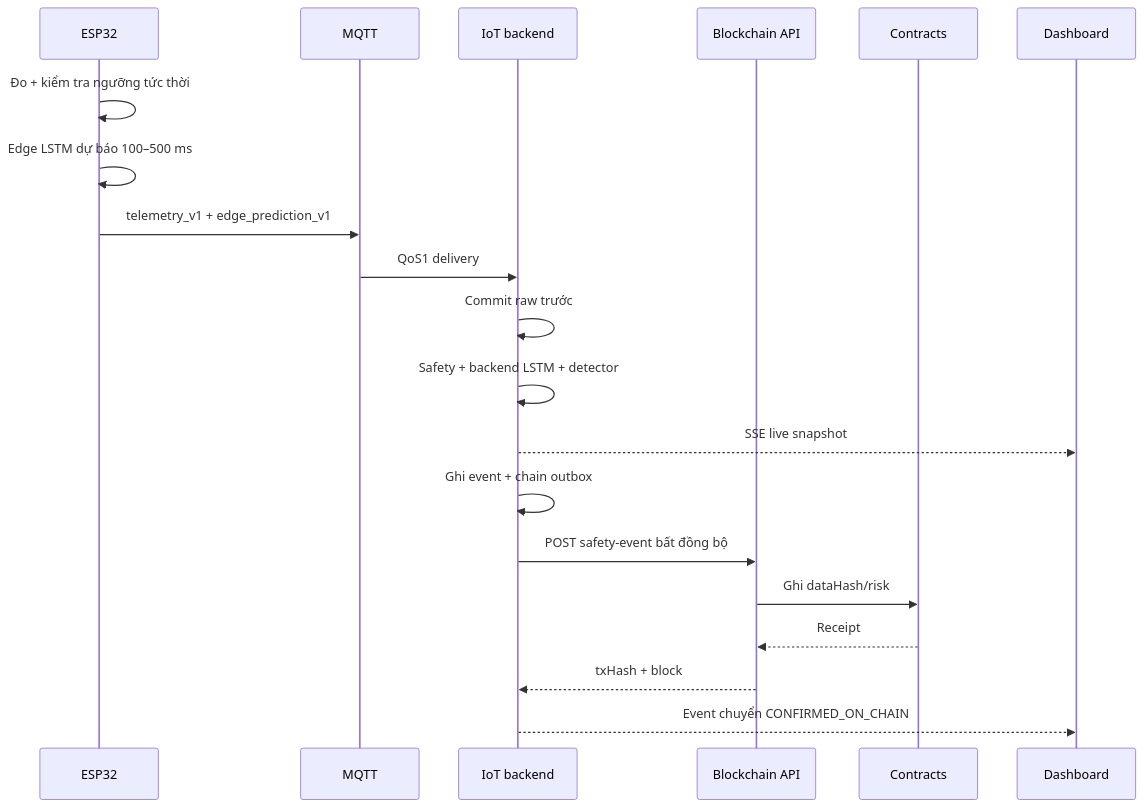
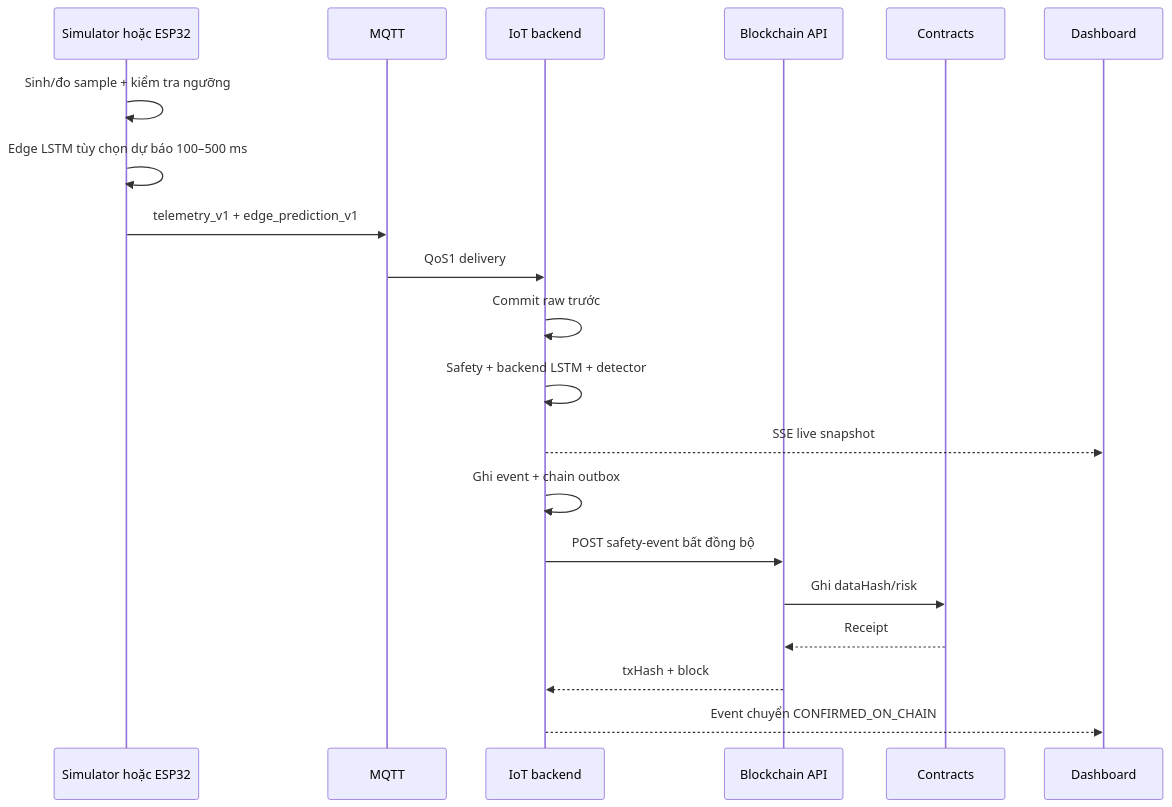
One commit to lucas-traumen/Blockchain-IoT changed the second of 2 diagrams in docs/product-ai-blockchain-dashboard-plan.md. Above: the diagram before and after it, drawn with Mermaid. The commit also changed other lines of this file, not shown here.

```diff
--- a/docs/product-ai-blockchain-dashboard-plan.md
+++ b/docs/product-ai-blockchain-dashboard-plan.md
@@ -171,23 +179,23 @@
 ~~~mermaid
 sequenceDiagram
-    participant S as ESP32
+    participant S as Simulator hoặc ESP32
     participant M as MQTT
     participant I as IoT backend
     participant B as Blockchain API
     participant C as Contracts
     participant D as Dashboard
 
-    S->>S: Đo + kiểm tra ngưỡng tức thời
-    S->>S: Edge LSTM dự báo 100–500 ms
+    S->>S: Sinh/đo sample + kiểm tra ngưỡng
+    S->>S: Edge LSTM tùy chọn dự báo 100–500 ms
     S->>M: telemetry_v1 + edge_prediction_v1
     M->>I: QoS1 delivery
     I->>I: Commit raw trước
     I->>I: Safety + backend LSTM + detector
     I-->>D: SSE live snapshot
     I->>I: Ghi event + chain outbox
     I->>B: POST safety-event bất đồng bộ
     B->>C: Ghi dataHash/risk
     C-->>B: Receipt
     B-->>I: txHash + block
     I-->>D: Event chuyển CONFIRMED_ON_CHAIN
 ~~~
```
